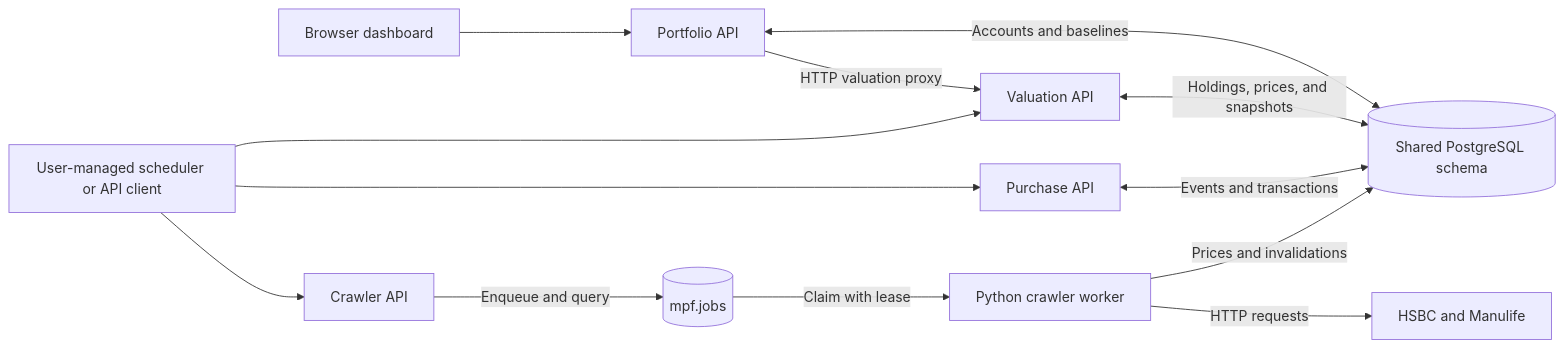
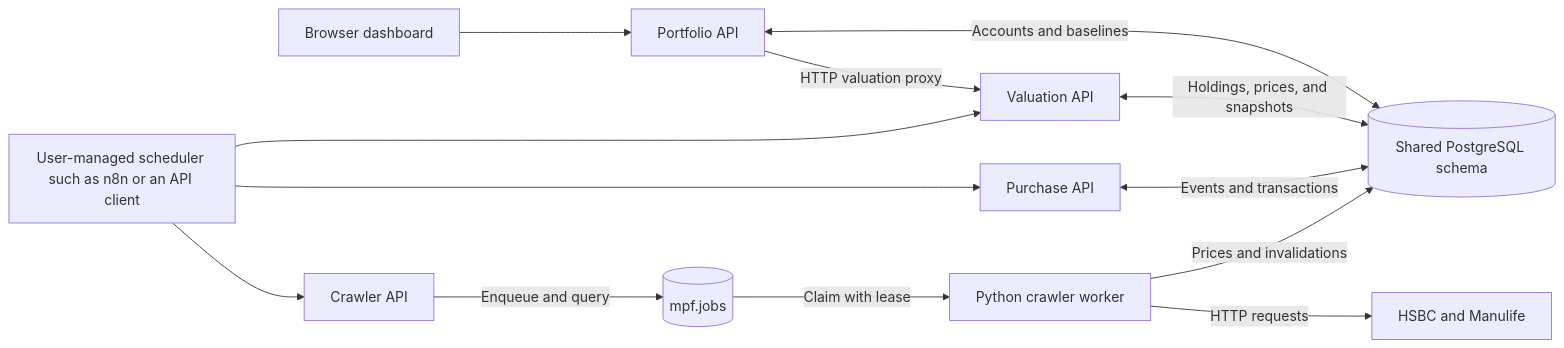
The diagram in ARCHITECTURE.md (wahackr/MPF-Tracker), drawn with Mermaid before and after one commit. The commit also changed other lines of this file and 1 other file, not shown here.

````diff
--- a/ARCHITECTURE.md
+++ b/ARCHITECTURE.md
@@ -9,15 +9,15 @@
 ```mermaid
 flowchart LR
     Browser[Browser dashboard] --> Portfolio[Portfolio API]
-    Scheduler[User-managed scheduler or API client] --> Crawler[Crawler API]
+    Scheduler[User-managed scheduler such as n8n or an API client] --> Crawler[Crawler API]
     Scheduler --> Purchase[Purchase API]
     Scheduler --> Valuation[Valuation API]
     Portfolio -->|HTTP valuation proxy| Valuation
     Crawler -->|Enqueue and query| Jobs[(mpf.jobs)]
     Jobs -->|Claim with lease| Worker[Python crawler worker]
     Worker -->|HTTP requests| Providers[HSBC and Manulife]
     Worker -->|Prices and invalidations| Database[(Shared PostgreSQL schema)]
     Portfolio <-->|Accounts and baselines| Database
     Purchase <-->|Events and transactions| Database
     Valuation <-->|Holdings, prices, and snapshots| Database
 ```
````
